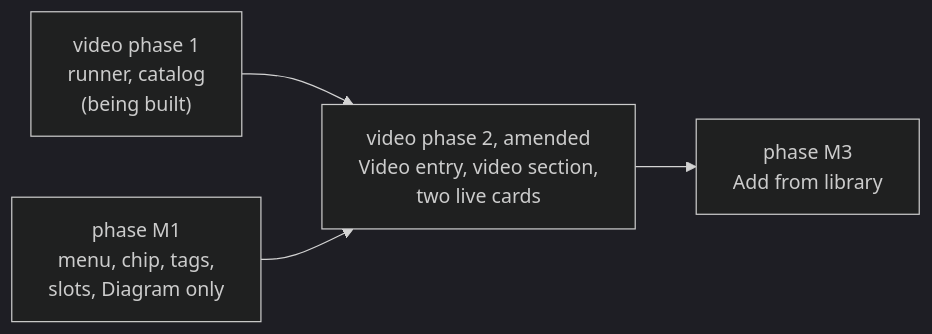
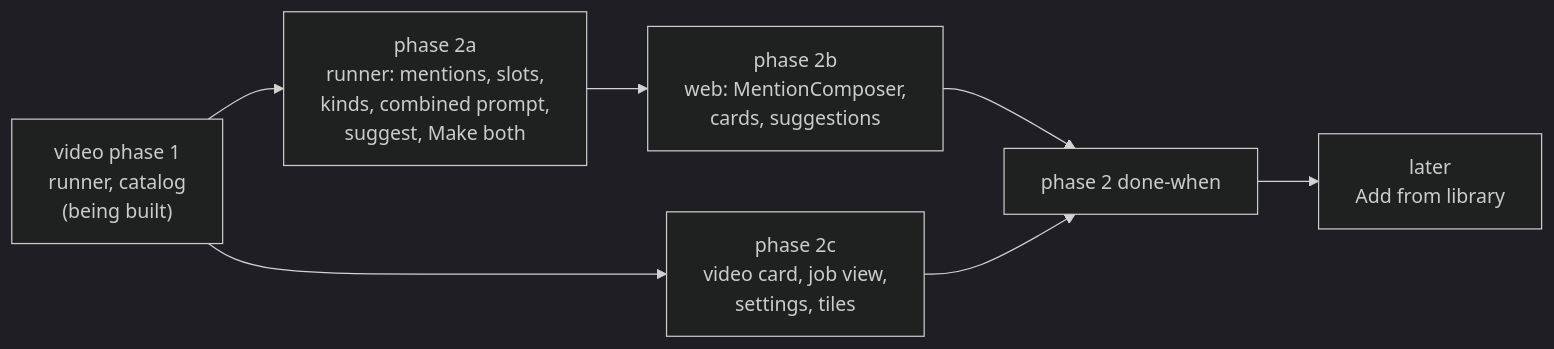
One commit to c-wenlong/gnosia-learn changed the second of 2 diagrams in docs/STUDIO-MENTIONS.md. Above: the diagram before and after it, drawn with Mermaid (dark theme). The commit also changed other lines of this file and 3 other files, not shown here.

````diff
--- a/docs/STUDIO-MENTIONS.md
+++ b/docs/STUDIO-MENTIONS.md
@@ -774,6 +978,9 @@
 ```mermaid
 flowchart LR
-    V1["video phase 1<br/>runner, catalog<br/>(being built)"] --> V2["video phase 2, amended<br/>Video entry, video section,<br/>two live cards"]
-    M1["phase M1<br/>menu, chip, tags,<br/>slots, Diagram only"] --> V2
-    V2 --> M3["phase M3<br/>Add from library"]
+    V1["video phase 1<br/>runner, catalog<br/>(being built)"] --> A["phase 2a<br/>runner: mentions, slots,<br/>kinds, combined prompt,<br/>suggest, Make both"]
+    A --> B["phase 2b<br/>web: MentionComposer,<br/>cards, suggestions"]
+    V1 --> C["phase 2c<br/>video card, job view,<br/>settings, tiles"]
+    B --> D["phase 2 done-when"]
+    C --> D
+    D --> L["later<br/>Add from library"]
 ```
````
